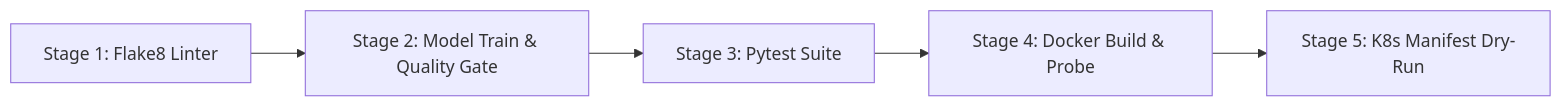
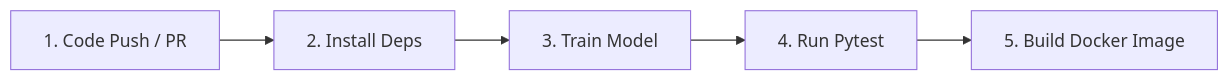
Before and after one commit to mdshakebakhtar003/mlopspj: the diagram in README.md, drawn with Mermaid. The commit also changed other lines of this file and 35 other files, not shown here.

````diff
--- a/README.md
+++ b/README.md
@@ -325,7 +116,7 @@
 ```mermaid
 flowchart LR
-    A["Stage 1: Flake8 Linter"] --> B["Stage 2: Model Train & Quality Gate"]
-    B --> C["Stage 3: Pytest Suite"]
-    C --> D["Stage 4: Docker Build & Probe"]
-    D --> E["Stage 5: K8s Manifest Dry-Run"]
+    A["1. Code Push / PR"] --> B["2. Install Deps"]
+    B --> C["3. Train Model"]
+    C --> D["4. Run Pytest"]
+    D --> E["5. Build Docker Image"]
 ```
````
